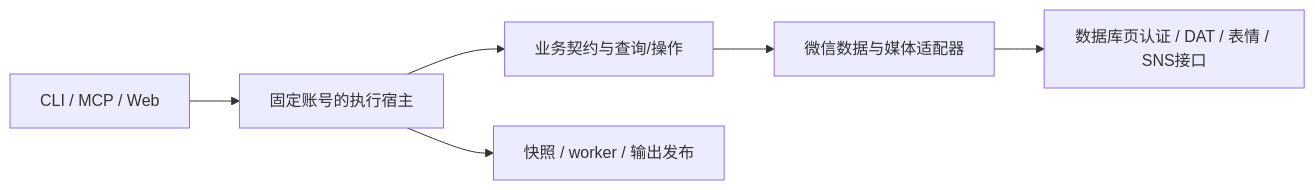
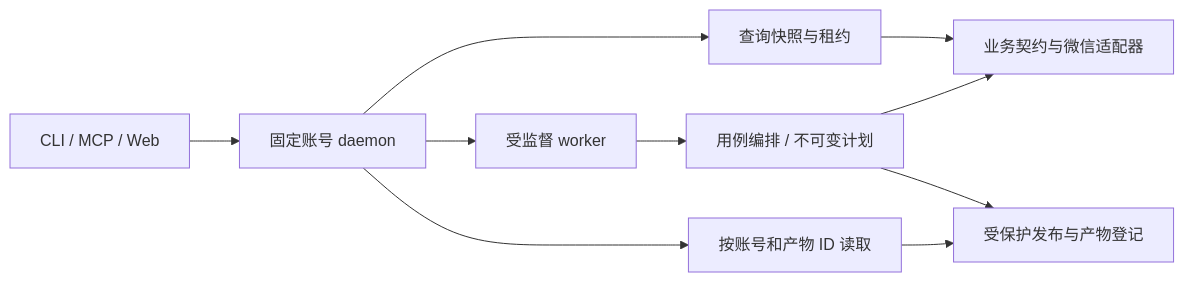
The first of 2 diagrams in implementation/architecture.md (leyan2174/wx-workbench-docs), drawn with Mermaid before and after one commit. The commit also changed other lines of this file and 13 other files, not shown here.

````diff
--- a/implementation/architecture.md
+++ b/implementation/architecture.md
@@ -11,8 +11,12 @@
 ```mermaid
 flowchart LR
-    A[CLI / MCP / Web] --> B[固定账号的执行宿主]
-    B --> C[业务契约与查询/操作]
-    C --> D[微信数据与媒体适配器]
-    D --> E[数据库页认证 / DAT / 表情 / SNS接口]
-    B --> F[快照 / worker / 输出发布]
+    A[CLI / MCP / Web] --> B[固定账号 daemon]
+    B --> Q[查询快照与租约]
+    B --> W[受监督 worker]
+    W --> P[用例编排 / 不可变计划]
+    Q --> D[业务契约与微信适配器]
+    P --> D
+    P --> F[受保护发布与产物登记]
+    B --> R[按账号和产物 ID 读取]
+    R --> F
 ```
````
